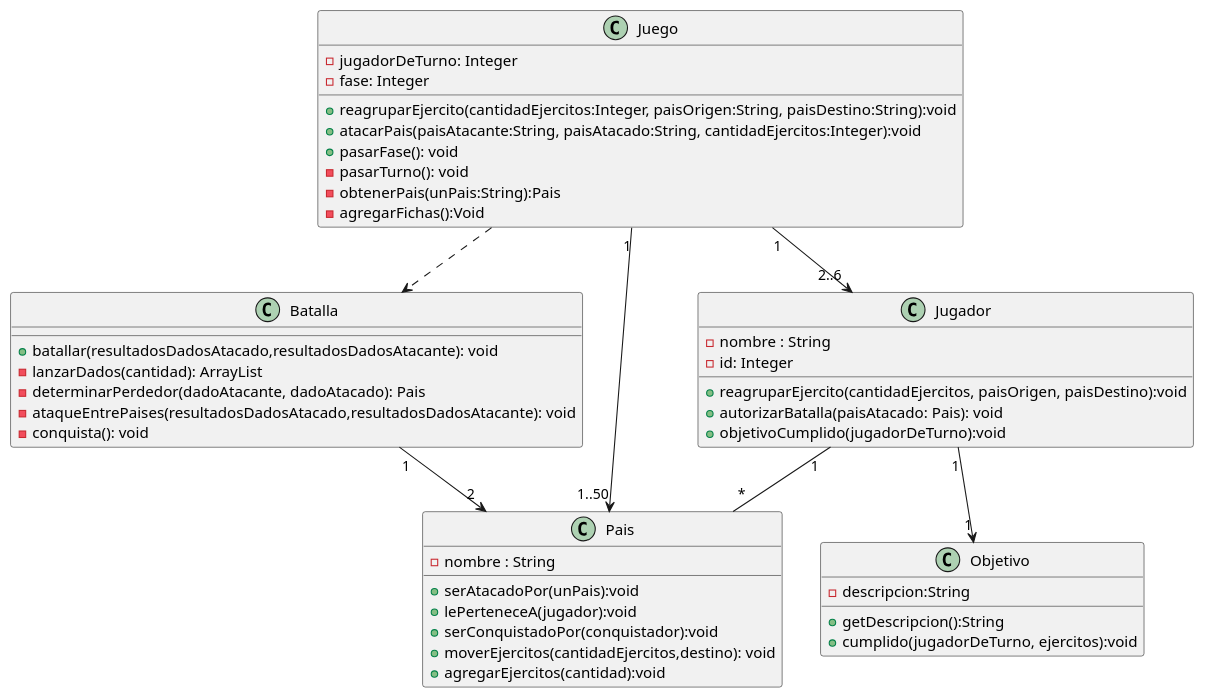
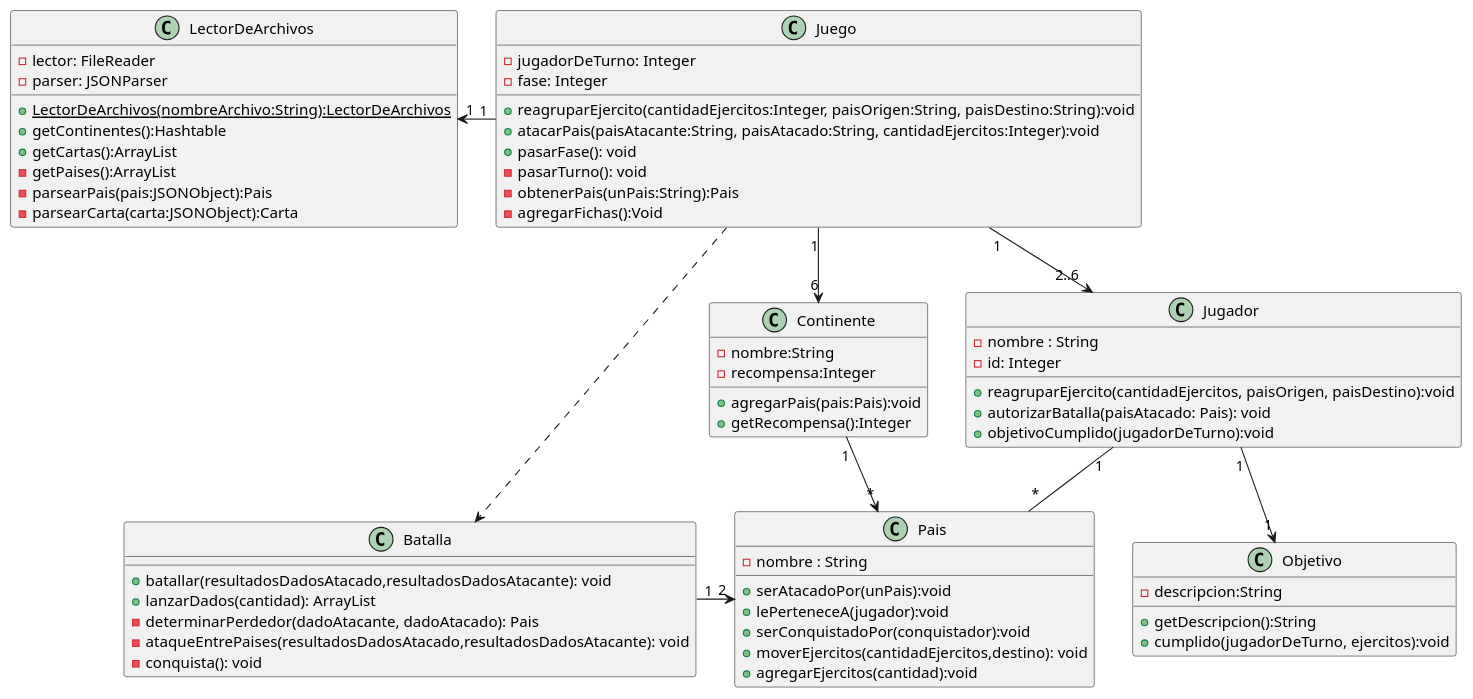
Before and after one commit to nauee/Algo3-TP2: the diagram in docs/diagramasUML/diagramaDeClase.puml, drawn with PlantUML. The commit also changed 17 other files, not shown here.

```diff
--- a/docs/diagramasUML/diagramaDeClase.puml
+++ b/docs/diagramasUML/diagramaDeClase.puml
@@ -1,57 +1,79 @@
 @startuml diagramaDeClase
 
 class Juego{
     -jugadorDeTurno: Integer
     -fase: Integer
 
     +reagruparEjercito(cantidadEjercitos:Integer, paisOrigen:String, paisDestino:String):void
     +atacarPais(paisAtacante:String, paisAtacado:String, cantidadEjercitos:Integer):void
     +pasarFase(): void
     -pasarTurno(): void
     -obtenerPais(unPais:String):Pais
     -agregarFichas():Void
 }
 
 class Batalla{
 
     +batallar(resultadosDadosAtacado,resultadosDadosAtacante): void
-    -lanzarDados(cantidad): ArrayList
+    +lanzarDados(cantidad): ArrayList
     -determinarPerdedor(dadoAtacante, dadoAtacado): Pais
     -ataqueEntrePaises(resultadosDadosAtacado,resultadosDadosAtacante): void
     -conquista(): void
 }
 
 class Pais{
     -nombre : String
 
     +serAtacadoPor(unPais):void
     +lePerteneceA(jugador):void
     +serConquistadoPor(conquistador):void
     +moverEjercitos(cantidadEjercitos,destino): void
     +agregarEjercitos(cantidad):void
 }
 
 class Objetivo{
     -descripcion:String
 
     +getDescripcion():String
     +cumplido(jugadorDeTurno, ejercitos):void
 }
 
 class Jugador{
     -nombre : String
     -id: Integer
 
     +reagruparEjercito(cantidadEjercitos, paisOrigen, paisDestino):void
     +autorizarBatalla(paisAtacado: Pais): void
     +objetivoCumplido(jugadorDeTurno):void
 }
 
+class LectorDeArchivos{
+    -lector: FileReader
+    -parser: JSONParser
+
+    +{static}LectorDeArchivos(nombreArchivo:String):LectorDeArchivos
+    +getContinentes():Hashtable
+    +getCartas():ArrayList
+    -getPaises():ArrayList
+    -parsearPais(pais:JSONObject):Pais
+    -parsearCarta(carta:JSONObject):Carta
+}
+
+class Continente{
+    -nombre:String
+    -recompensa:Integer
+
+    +agregarPais(pais:Pais):void
+    +getRecompensa():Integer
+}
+
 Juego "1"-down->"2..6" Jugador
-Juego "1" -down-> "1..50" Pais
 Jugador "1"-down-"*" Pais
 Jugador "1"-down->"1" Objetivo
 Juego ..> Batalla
 Batalla "1"-right->"2" Pais
+Juego "1"-left->"1" LectorDeArchivos
+Juego "1"-right->"6" Continente
+Continente "1"-->"*"Pais
 
 @enduml
```
